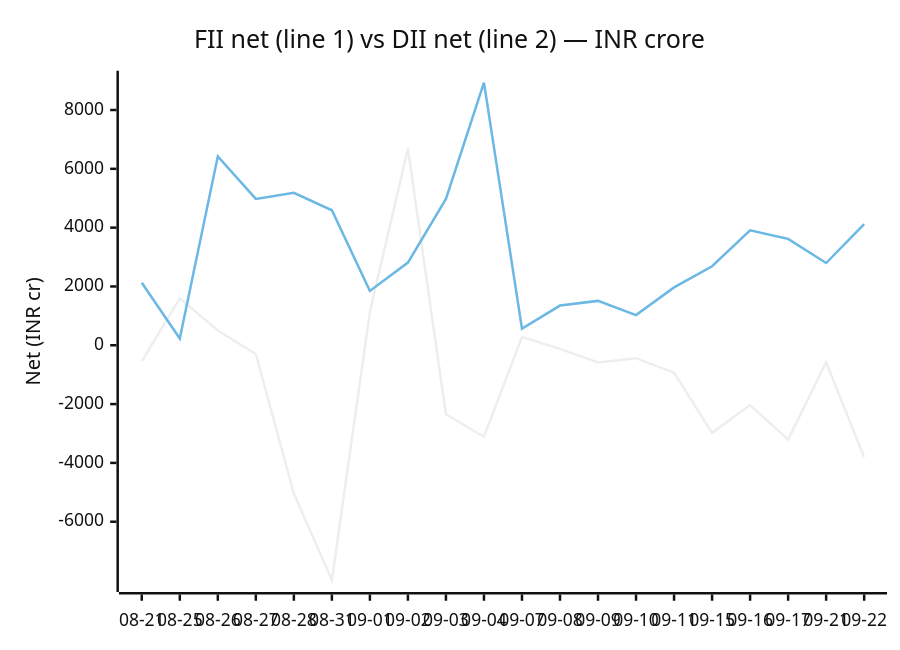
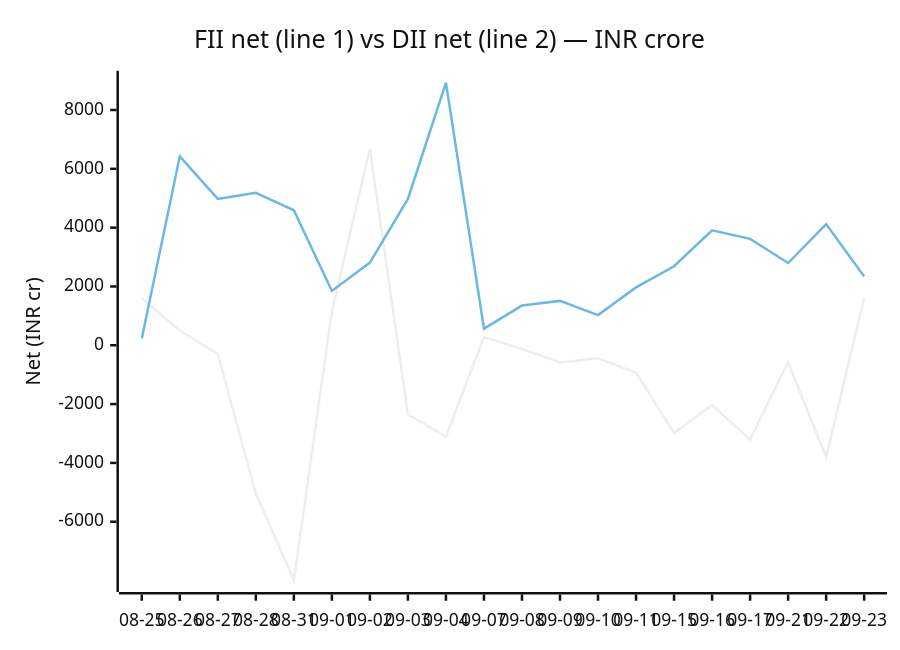
One commit to chirag127/fii-dii-activity-api changed the second of 2 diagrams in README.md. Above: the diagram before and after it, drawn with Mermaid (neutral theme). The commit also changed 2 other files, not shown here.

Commit message:
data: scrape 2026-09-24

````diff
--- a/README.md
+++ b/README.md
@@ -53,8 +53,8 @@
 ```mermaid
 xychart-beta
     title "FII net (line 1) vs DII net (line 2) — INR crore"
-    x-axis ["08-21", "08-25", "08-26", "08-27", "08-28", "08-31", "09-01", "09-02", "09-03", "09-04", "09-07", "09-08", "09-09", "09-10", "09-11", "09-15", "09-16", "09-17", "09-21", "09-22"]
+    x-axis ["08-25", "08-26", "08-27", "08-28", "08-31", "09-01", "09-02", "09-03", "09-04", "09-07", "09-08", "09-09", "09-10", "09-11", "09-15", "09-16", "09-17", "09-21", "09-22", "09-23"]
     y-axis "Net (INR cr)" -7986 --> 8931
-    line [-542.71, 1593.53, 502.63, -298.26, -5039.8, -7985.88, 1143.38, 6688.37, -2345.87, -3111.94, 280.13, -123.19, -582.99, -438.24, -930.9, -2977.86, -2032.61, -3208.76, -576.2, -3809.99]
-    line [2124.14, 230.26, 6425.16, 4977.17, 5183.93, 4588.88, 1846.94, 2812.98, 4977.46, 8930.12, 566.76, 1349.64, 1509.04, 1025.85, 1968.17, 2686.05, 3908.23, 3617.75, 2797.27, 4120.07]
+    line [1593.53, 502.63, -298.26, -5039.8, -7985.88, 1143.38, 6688.37, -2345.87, -3111.94, 280.13, -123.19, -582.99, -438.24, -930.9, -2977.86, -2032.61, -3208.76, -576.2, -3809.99, 1617.45]
+    line [230.26, 6425.16, 4977.17, 5183.93, 4588.88, 1846.94, 2812.98, 4977.46, 8930.12, 566.76, 1349.64, 1509.04, 1025.85, 1968.17, 2686.05, 3908.23, 3617.75, 2797.27, 4120.07, 2341.46]
 ```
````
